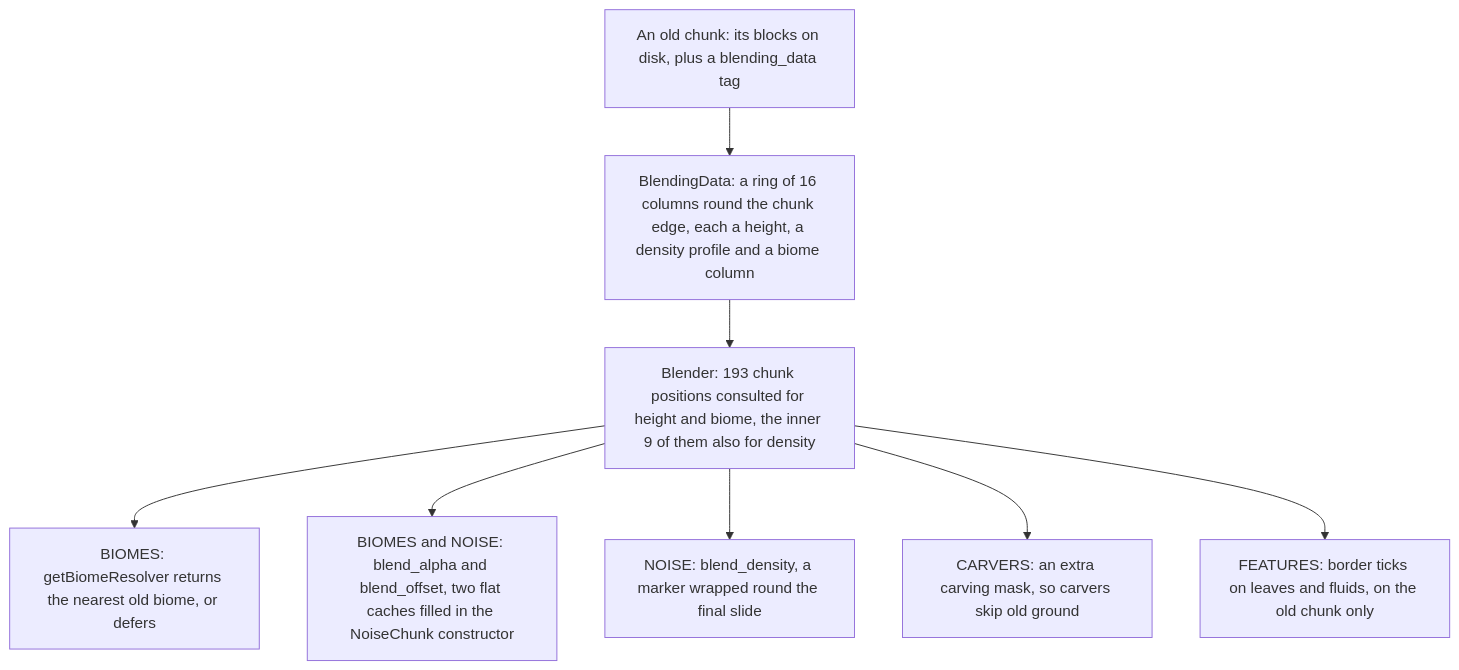
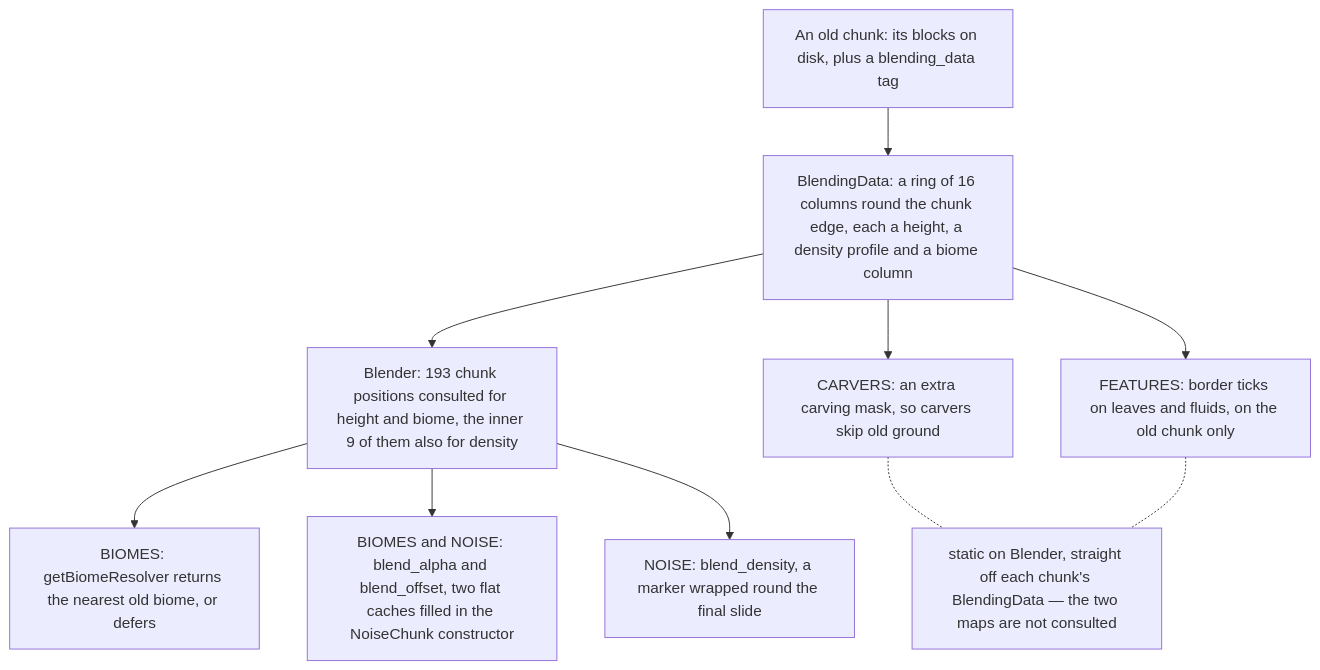
The first of 2 diagrams in src/systems/worldgen/blending.md (AlexanderjFraser/MinecraftDocs), drawn with Mermaid before and after one commit. The commit also changed other lines of this file, not shown here.

````diff
--- a/src/systems/worldgen/blending.md
+++ b/src/systems/worldgen/blending.md
@@ -82,13 +82,15 @@
 ```mermaid
 flowchart TB
     OLD["An old chunk: its blocks on disk, plus a blending_data tag"]
     BD["BlendingData: a ring of 16 columns round the chunk edge, each a height, a density profile and a biome column"]
     B["Blender: 193 chunk positions consulted for height and biome, the inner 9 of them also for density"]
     OLD --> BD
     BD --> B
     B --> R1["BIOMES: getBiomeResolver returns the nearest old biome, or defers"]
     B --> R2["BIOMES and NOISE: blend_alpha and blend_offset, two flat caches filled in the NoiseChunk constructor"]
     B --> R3["NOISE: blend_density, a marker wrapped round the final slide"]
-    B --> R4["CARVERS: an extra carving mask, so carvers skip old ground"]
-    B --> R5["FEATURES: border ticks on leaves and fluids, on the old chunk only"]
+    BD --> R4["CARVERS: an extra carving mask, so carvers skip old ground"]
+    BD --> R5["FEATURES: border ticks on leaves and fluids, on the old chunk only"]
+    R4 -.- SN["static on Blender, straight off each chunk's BlendingData — the two maps are not consulted"]
+    R5 -.- SN
 ```
````
